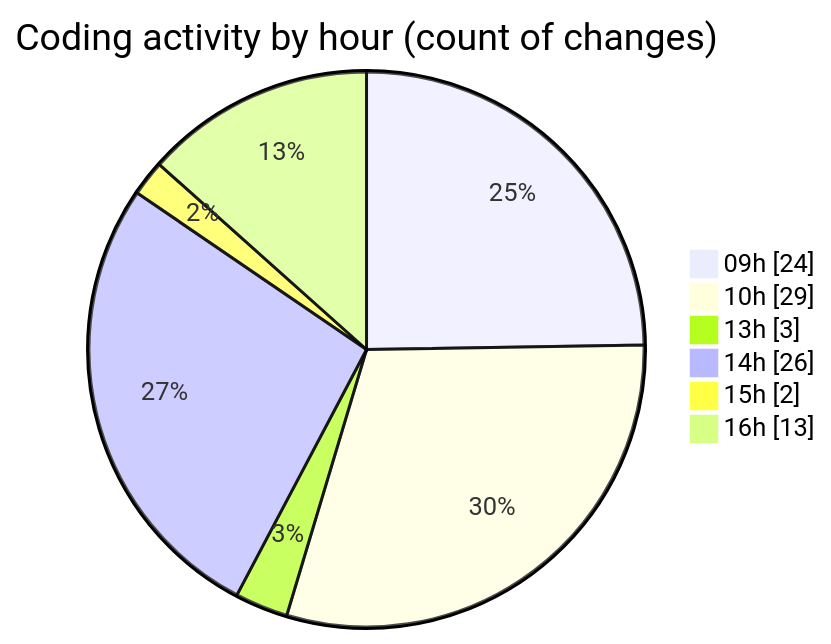
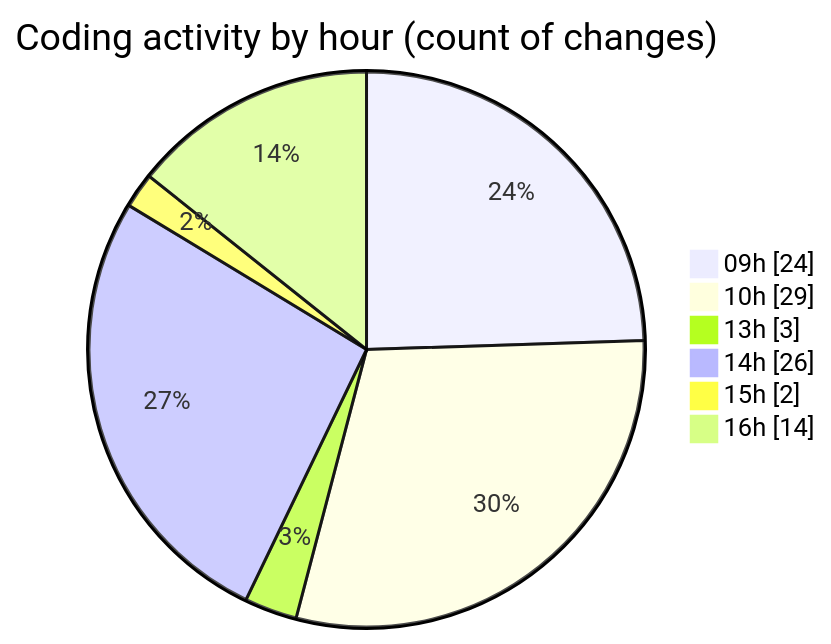
The second of 2 diagrams in 2025-05-08/myws__workspace_/README.md (MatusMokan/code-tracking), drawn with Mermaid before and after one commit. The commit also changed other lines of this file and 1 other file, not shown here.

````diff
--- a/2025-05-08/myws__workspace_/README.md
+++ b/2025-05-08/myws__workspace_/README.md
@@ -31,10 +31,10 @@
 ```mermaid
 pie showData
 title Coding activity by hour (count of changes)
 "09h" : 24
 "10h" : 29
 "13h" : 3
 "14h" : 26
 "15h" : 2
-"16h" : 13
+"16h" : 14
 ```
````
